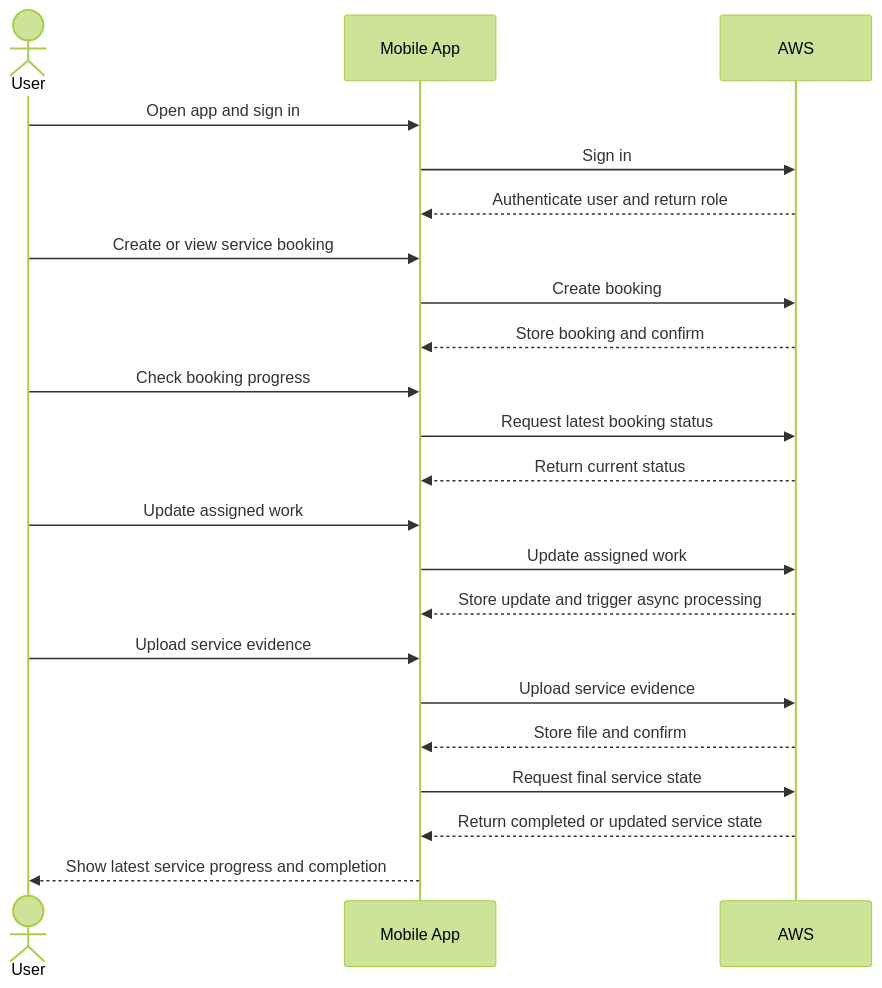
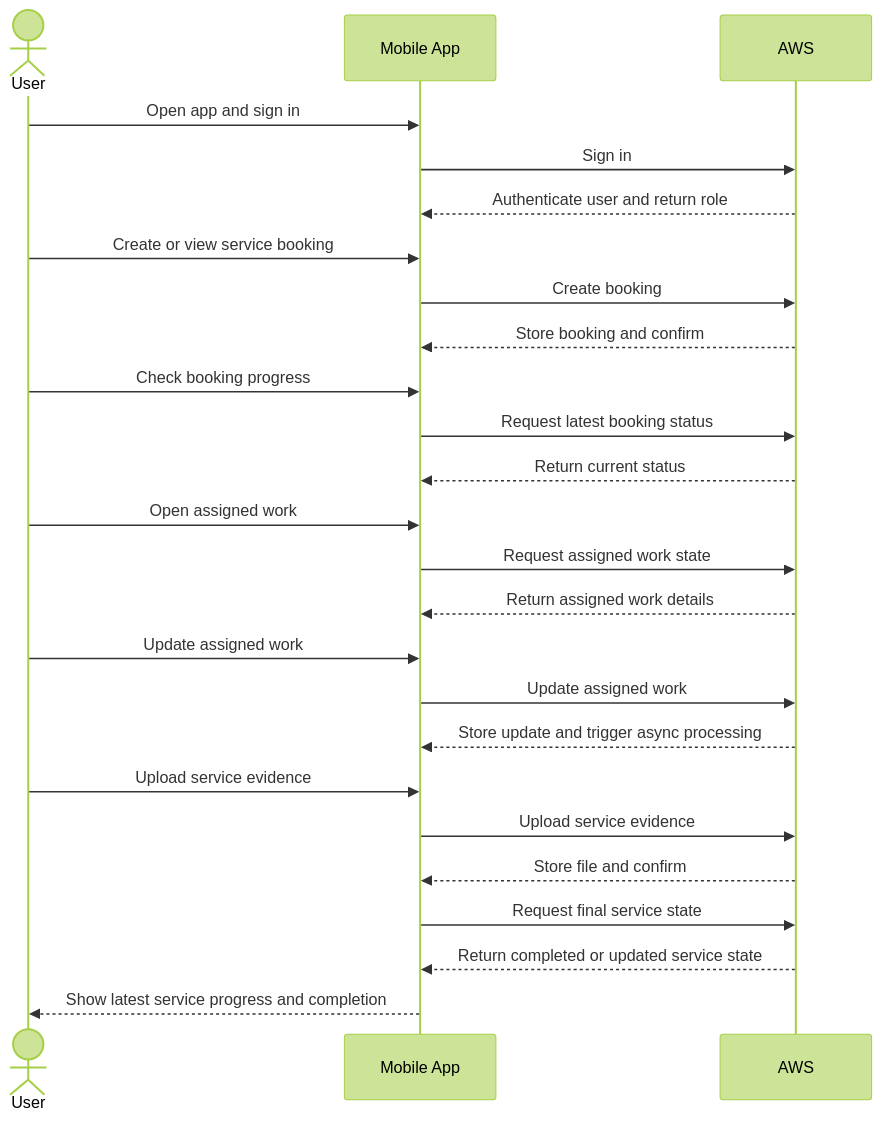
One commit to zeienko-vitalii/interview-prep changed the diagram in certification/aws-flutter-goal-diagram.md. Above: the diagram before and after it, drawn with Mermaid (forest theme). The commit also changed other lines of this file and 4 other files, not shown here.

````diff
--- a/certification/aws-flutter-goal-diagram.md
+++ b/certification/aws-flutter-goal-diagram.md
@@ -9,30 +11,34 @@
 ```mermaid
 sequenceDiagram
     actor User
     participant Mobile App
     participant AWS
 
     User->>Mobile App: Open app and sign in
     Mobile App->>AWS: Sign in
     AWS-->>Mobile App: Authenticate user and return role
 
     User->>Mobile App: Create or view service booking
     Mobile App->>AWS: Create booking
     AWS-->>Mobile App: Store booking and confirm
 
     User->>Mobile App: Check booking progress
     Mobile App->>AWS: Request latest booking status
     AWS-->>Mobile App: Return current status
 
+    User->>Mobile App: Open assigned work
+    Mobile App->>AWS: Request assigned work state
+    AWS-->>Mobile App: Return assigned work details
+
     User->>Mobile App: Update assigned work
     Mobile App->>AWS: Update assigned work
     AWS-->>Mobile App: Store update and trigger async processing
 
     User->>Mobile App: Upload service evidence
     Mobile App->>AWS: Upload service evidence
     AWS-->>Mobile App: Store file and confirm
 
     Mobile App->>AWS: Request final service state
     AWS-->>Mobile App: Return completed or updated service state
     Mobile App-->>User: Show latest service progress and completion
 ```
````
